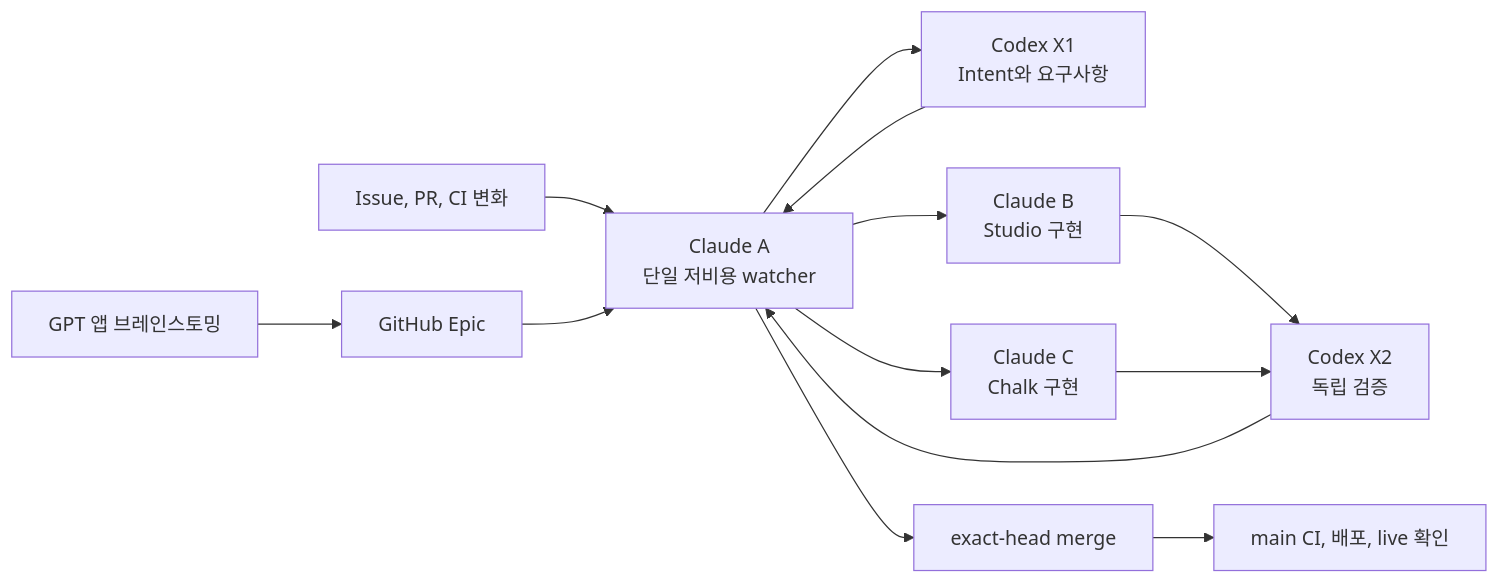
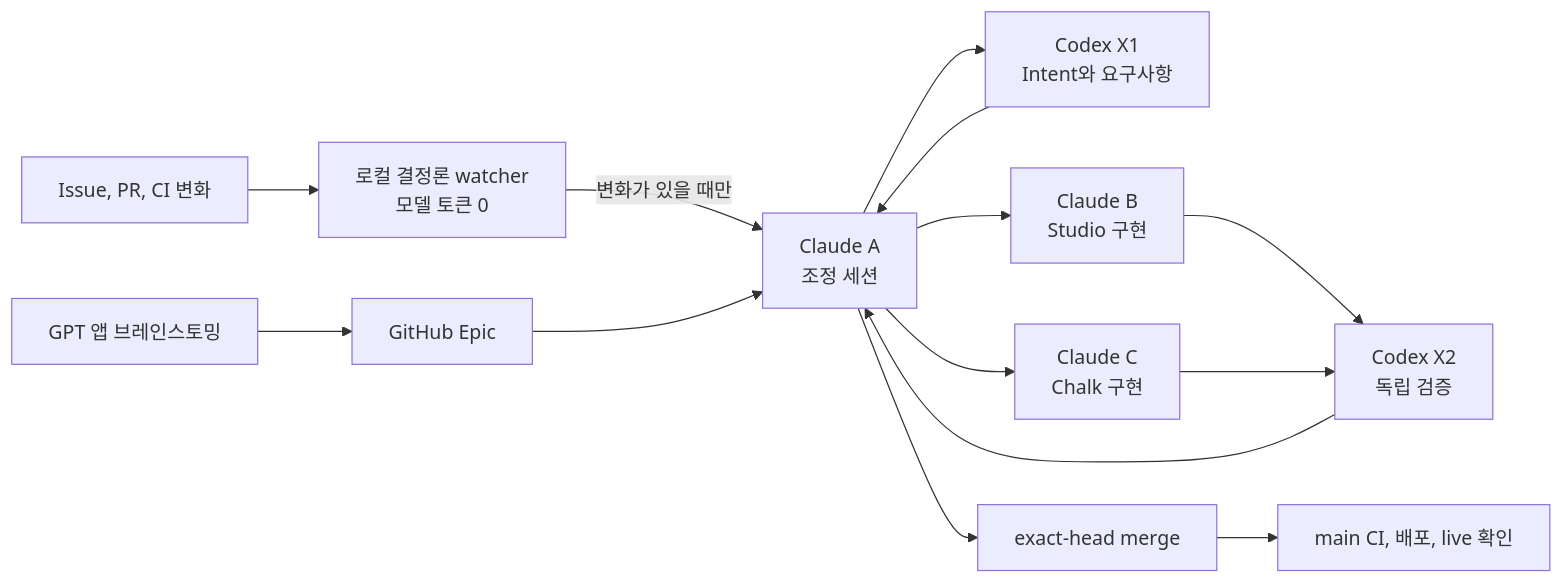
One commit to jayleekr/hypeproof-harness changed the diagram in docs/FIVE-SESSION-DELIVERY.ko.md. Above: the diagram before and after it, drawn with Mermaid. The commit also changed other lines of this file and 9 other files, not shown here.

````diff
--- a/docs/FIVE-SESSION-DELIVERY.ko.md
+++ b/docs/FIVE-SESSION-DELIVERY.ko.md
@@ -8,15 +8,16 @@
 ```mermaid
 flowchart LR
   GPT[GPT 앱 브레인스토밍] --> EPIC[GitHub Epic]
-  GH[Issue, PR, CI 변화] --> A[Claude A<br/>단일 저비용 watcher]
+  GH[Issue, PR, CI 변화] --> W[로컬 결정론 watcher<br/>모델 토큰 0]
+  W -->|변화가 있을 때만| A[Claude A<br/>조정 세션]
   EPIC --> A
   A --> X1[Codex X1<br/>Intent와 요구사항]
   A --> B[Claude B<br/>Studio 구현]
   A --> C[Claude C<br/>Chalk 구현]
   B --> X2[Codex X2<br/>독립 검증]
   C --> X2
   X1 --> A
   X2 --> A
   A --> MERGE[exact-head merge]
   MERGE --> LIVE[main CI, 배포, live 확인]
 ```
````
